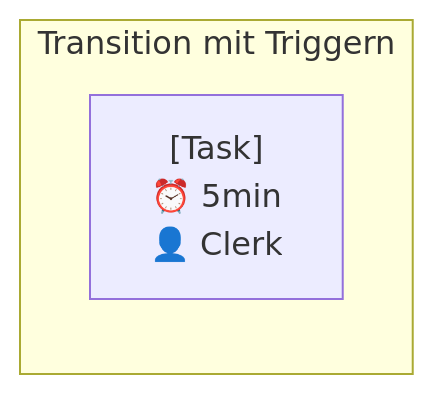
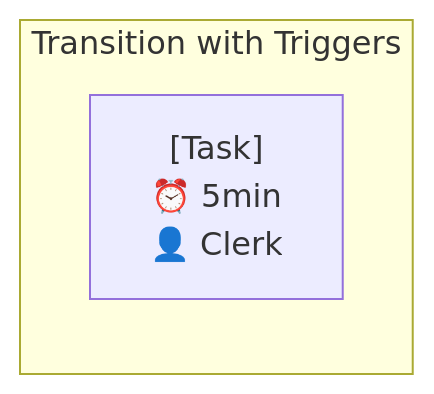
Before and after one commit to woped/woped-next: the third of 4 diagrams in docs/migration/11-triggers-resources.md, drawn with Mermaid. The commit also changed other lines of this file and 24 other files, not shown here.

````diff
--- a/docs/migration/11-triggers-resources.md
+++ b/docs/migration/11-triggers-resources.md
@@ -344,6 +256,6 @@
 ```mermaid
 graph LR
-    subgraph Transition mit Triggern
+    subgraph Transition with Triggers
         T["[Task]<br/>⏰ 5min<br/>👤 Clerk"]
     end
 ```
````
